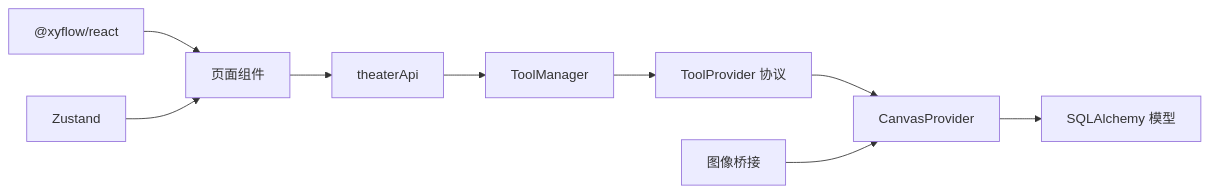
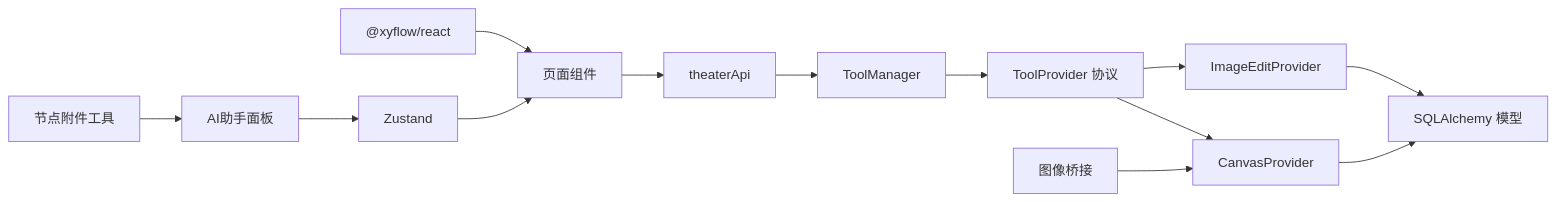
One commit to KunLabAI/KunFlix changed diagram 11 of 11 in .qoder/repowiki/zh/content/后端服务架构/业务服务层/智能体执行服务/画布工具集成.md. Above: the diagram before and after it, drawn with Mermaid. The commit also changed other lines of this file and 10 other files, not shown here.

First line of the commit message:
feat(gemini): 新增Gemini Nano Banana图像生成功能及编辑支持

````diff
--- a/.qoder/repowiki/zh/content/后端服务架构/业务服务层/智能体执行服务/画布工具集成.md
+++ b/.qoder/repowiki/zh/content/后端服务架构/业务服务层/智能体执行服务/画布工具集成.md
@@ -415,11 +559,15 @@
 ```mermaid
 graph LR
 RF["@xyflow/react"] --> Page["页面组件"]
 Store["Zustand"] --> Page
 Page --> API["theaterApi"]
 API --> TM["ToolManager"]
 TM --> TP["ToolProvider 协议"]
 TP --> CP["CanvasProvider"]
+TP --> IEP["ImageEditProvider"]
 CP --> DB["SQLAlchemy 模型"]
+IEP --> DB
+AttachmentUtils["节点附件工具"] --> AIAssistant["AI助手面板"]
+AIAssistant --> Store
 ICB["图像桥接"] --> CP
 ```
````
